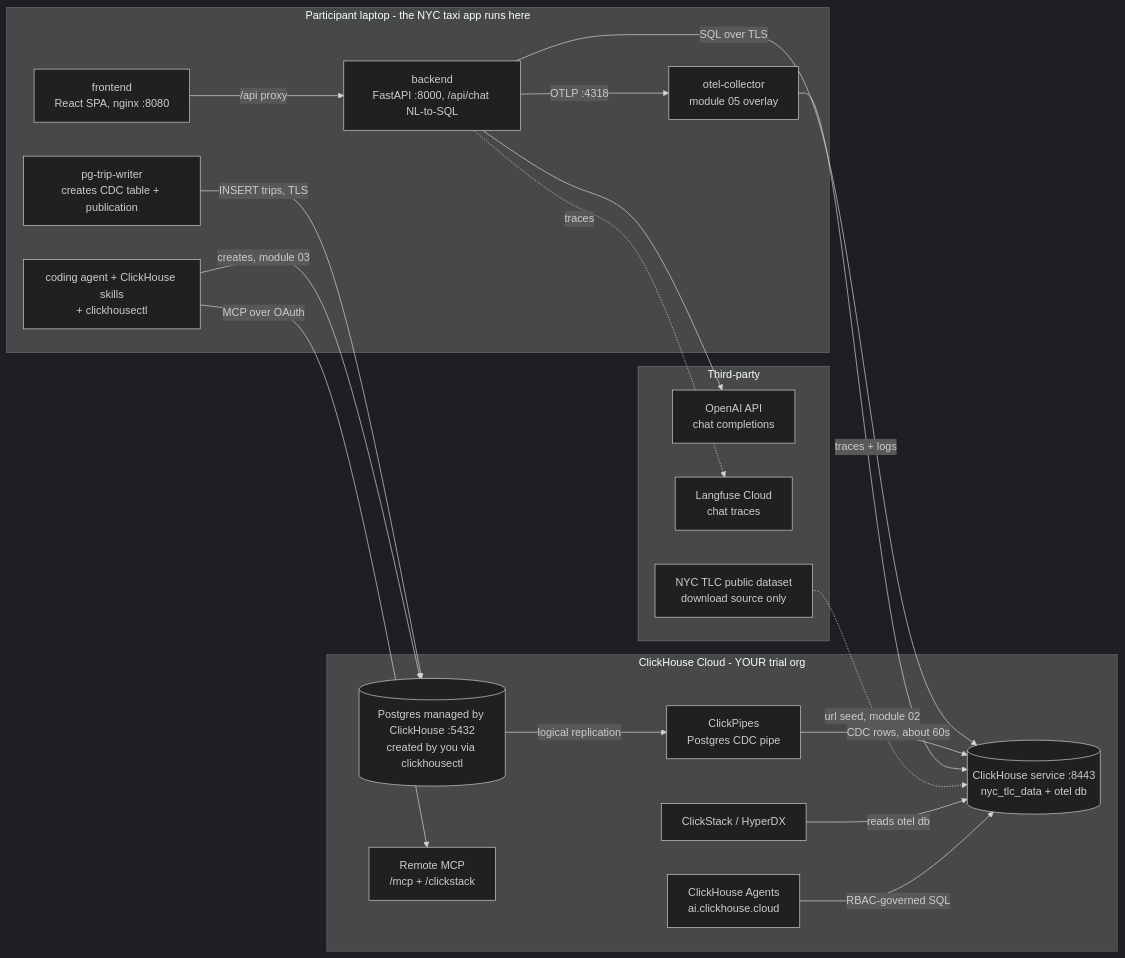
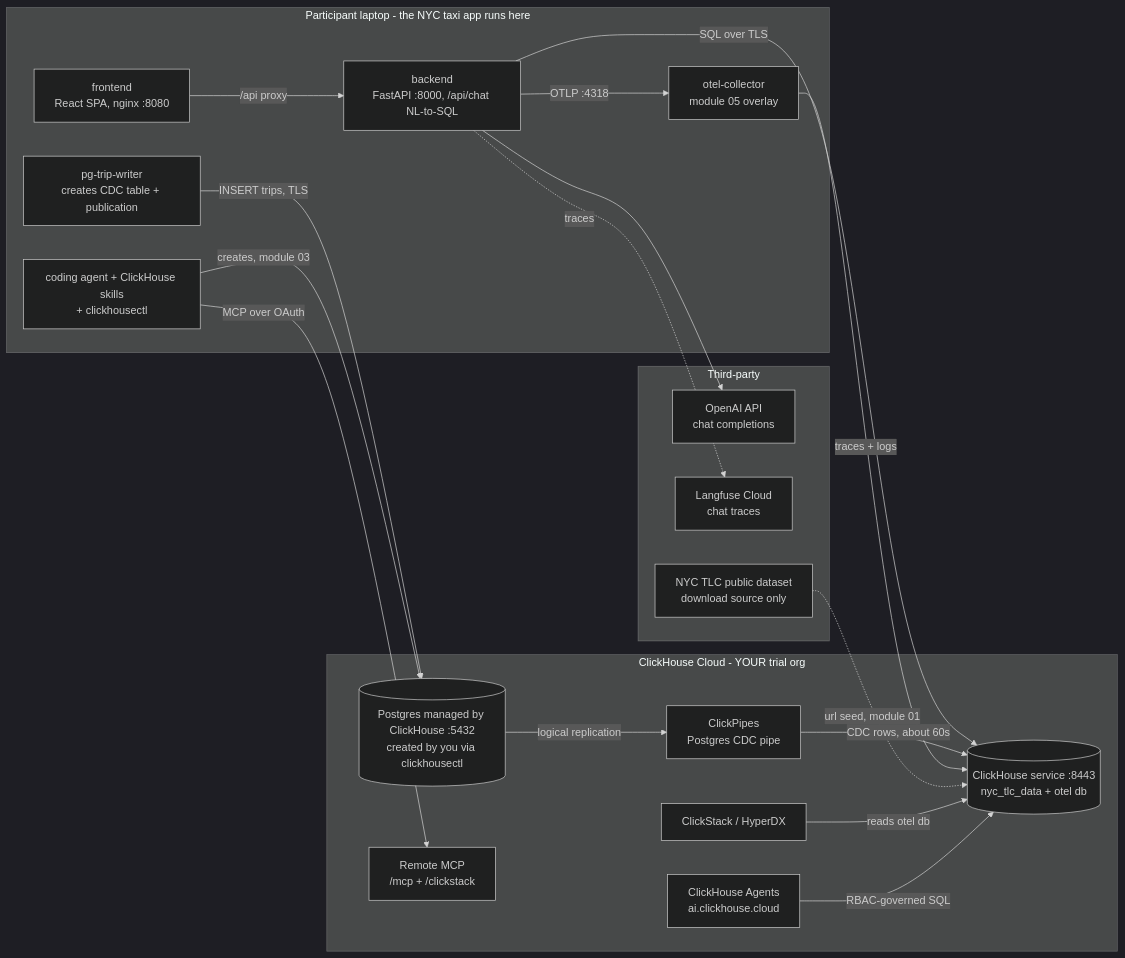
Before and after one commit to ClickHouse/ClickHouse_Demos: the first of 4 diagrams in workshops/build_workshop/README.md, drawn with Mermaid (dark theme). The commit also changed other lines of this file and 19 other files, not shown here.

````diff
--- a/workshops/build_workshop/README.md
+++ b/workshops/build_workshop/README.md
@@ -19,40 +19,40 @@
 ```mermaid
 flowchart LR
   subgraph LAPTOP["Participant laptop - the NYC taxi app runs here"]
     FE["frontend<br/>React SPA, nginx :8080"]
     BE["backend<br/>FastAPI :8000, /api/chat NL-to-SQL"]
     GEN["pg-trip-writer<br/>creates CDC table + publication"]
     OC["otel-collector<br/>module 05 overlay"]
     CA["coding agent + ClickHouse skills<br/>+ clickhousectl"]
   end
 
   subgraph CLOUD["ClickHouse Cloud - YOUR trial org"]
     CH[("ClickHouse service :8443<br/>nyc_tlc_data + otel db")]
     PIPE["ClickPipes<br/>Postgres CDC pipe"]
     PG[("Postgres managed by ClickHouse :5432<br/>created by you via clickhousectl")]
     HDX["ClickStack / HyperDX"]
     MCP["Remote MCP<br/>/mcp + /clickstack"]
     AG["ClickHouse Agents<br/>ai.clickhouse.cloud"]
   end
 
   subgraph THIRD["Third-party"]
     OAI["OpenAI API<br/>chat completions"]
     LF["Langfuse Cloud<br/>chat traces"]
     TLC["NYC TLC public dataset<br/>download source only"]
   end
 
   FE -->|/api proxy| BE
   BE -->|SQL over TLS| CH
   GEN -->|INSERT trips, TLS| PG
   PG -->|logical replication| PIPE
   PIPE -->|CDC rows, about 60s| CH
   BE -->|OTLP :4318| OC
   OC -->|traces + logs| CH
   CA -->|MCP over OAuth| MCP
   CA -->|creates, module 03| PG
   BE --> OAI
   BE -.->|traces| LF
-  TLC -.->|url seed, module 02| CH
+  TLC -.->|url seed, module 01| CH
   HDX -->|reads otel db| CH
   AG -->|RBAC-governed SQL| CH
 ```
````
